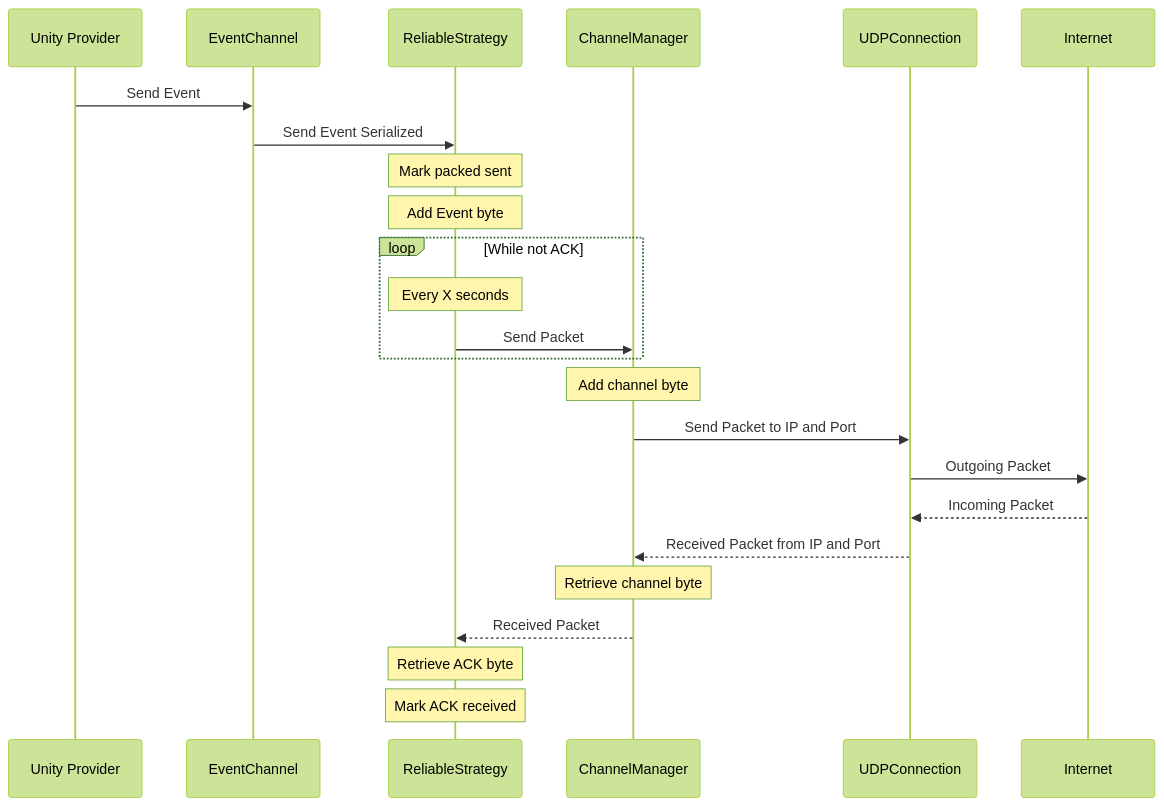
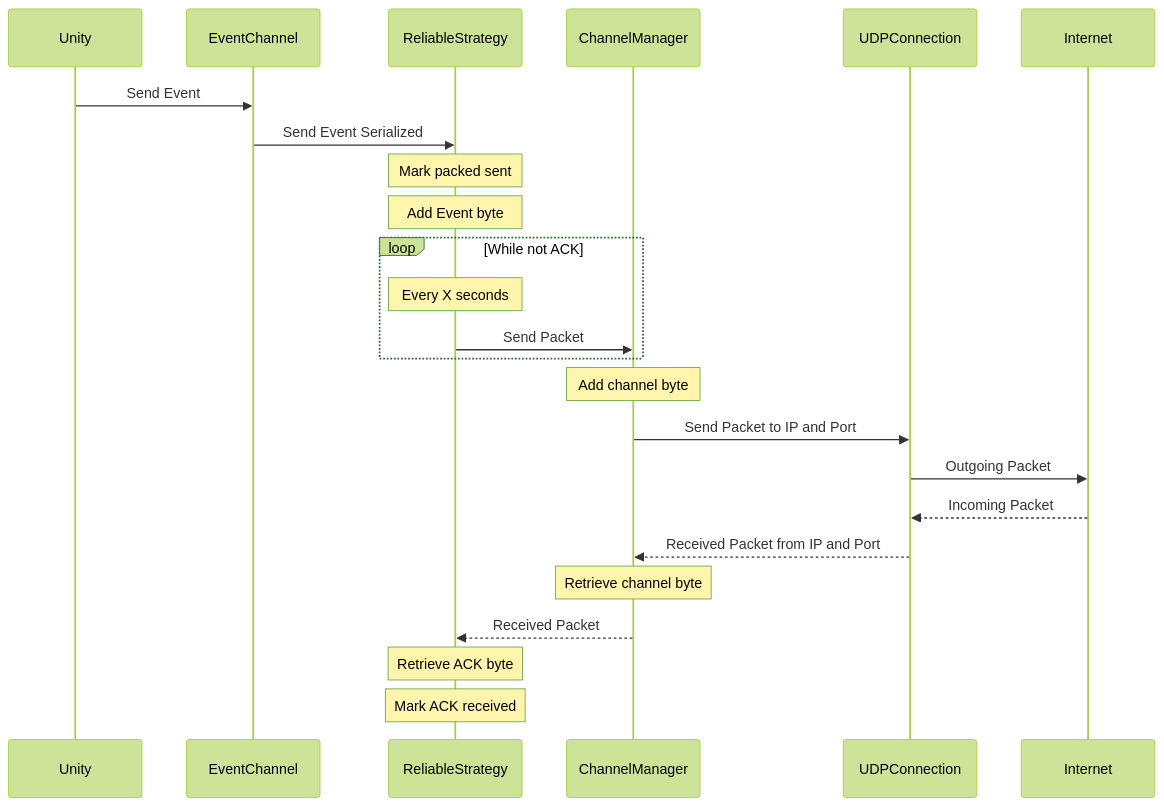
The third of 4 diagrams in README.md (julianrod94/Videojuegos-Avanzados), drawn with Mermaid (forest theme) before and after one commit. The commit also changed other lines of this file, not shown here.

````diff
--- a/README.md
+++ b/README.md
@@ -24,20 +86,20 @@
 ```mermaid
 sequenceDiagram
-Unity Provider ->> EventChannel: Send Event
+Unity ->> EventChannel: Send Event
 EventChannel ->> ReliableStrategy: Send Event Serialized
 Note over ReliableStrategy: Mark packed sent
 Note over ReliableStrategy: Add Event byte
 loop While not ACK
 	Note over ReliableStrategy: Every X seconds
 	ReliableStrategy ->> ChannelManager: Send Packet
 end
 Note over ChannelManager: Add channel byte
 ChannelManager ->> UDPConnection: Send Packet to IP and Port
 UDPConnection ->> Internet: Outgoing Packet
 Internet -->> UDPConnection: Incoming Packet
 UDPConnection -->> ChannelManager: Received Packet from IP and Port
 Note over ChannelManager: Retrieve channel byte
 ChannelManager -->> ReliableStrategy: Received Packet
 Note over ReliableStrategy: Retrieve ACK byte
 Note over ReliableStrategy: Mark ACK received
 ```
````
